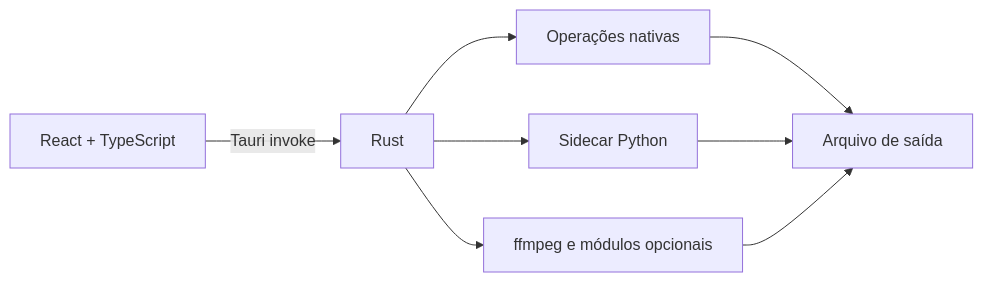
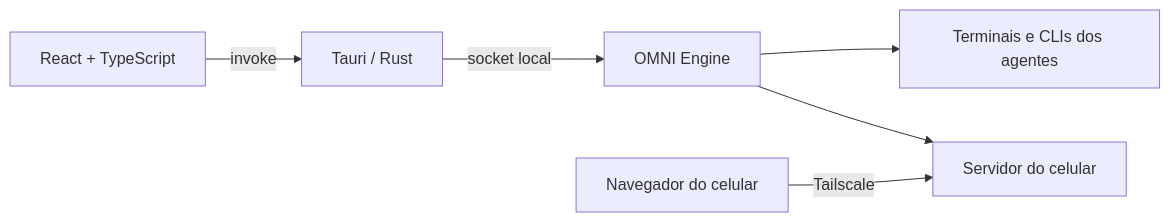
Before and after one commit to FelipeCamposM/OMNI-AGENTS: the diagram in README.md, drawn with Mermaid. The commit also changed other lines of this file and 74 other files, not shown here.

````diff
--- a/README.md
+++ b/README.md
@@ -57,10 +169,8 @@
 ```mermaid
 flowchart LR
-    A[React + TypeScript] -->|Tauri invoke| B[Rust]
-    B --> C[Operações nativas]
-    B --> D[Sidecar Python]
-    B --> E[ffmpeg e módulos opcionais]
-    C --> F[Arquivo de saída]
-    D --> F
-    E --> F
+    UI[React + TypeScript] -->|invoke| Tauri[Tauri / Rust]
+    Tauri -->|socket local| Engine[OMNI Engine]
+    Engine --> PTY[Terminais e CLIs dos agentes]
+    Engine --> HTTP[Servidor do celular]
+    Celular[Navegador do celular] -->|Tailscale| HTTP
 ```
````
